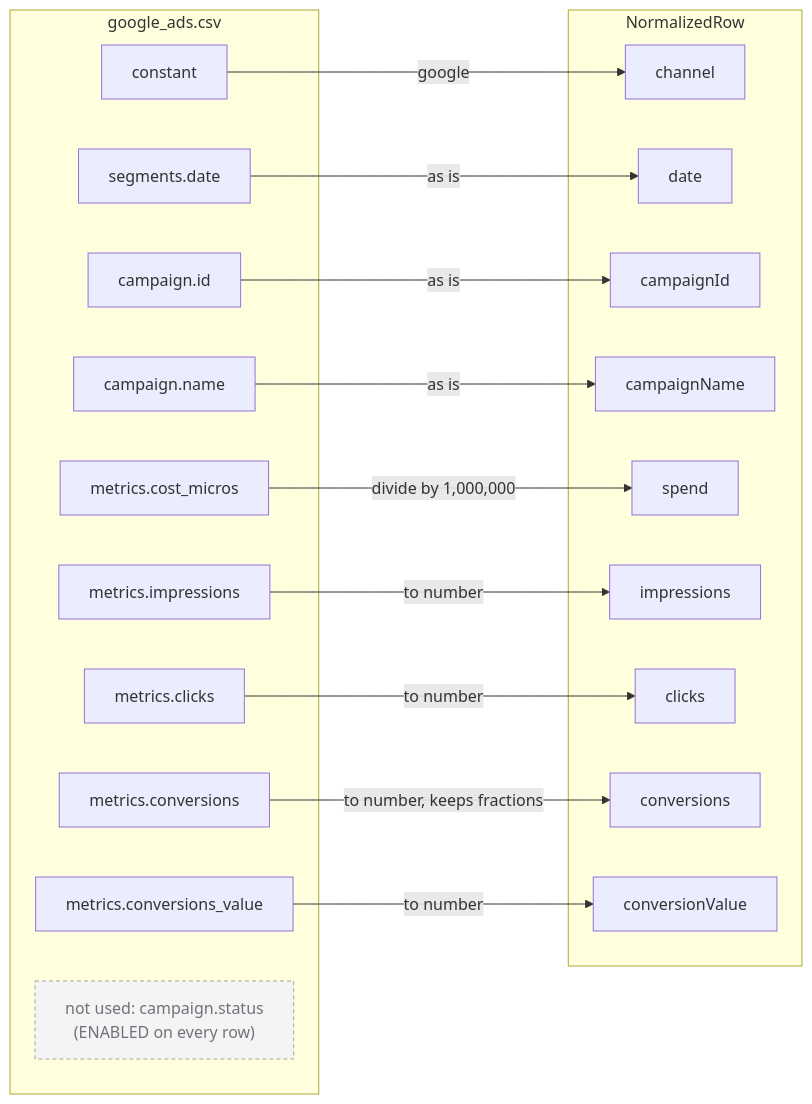
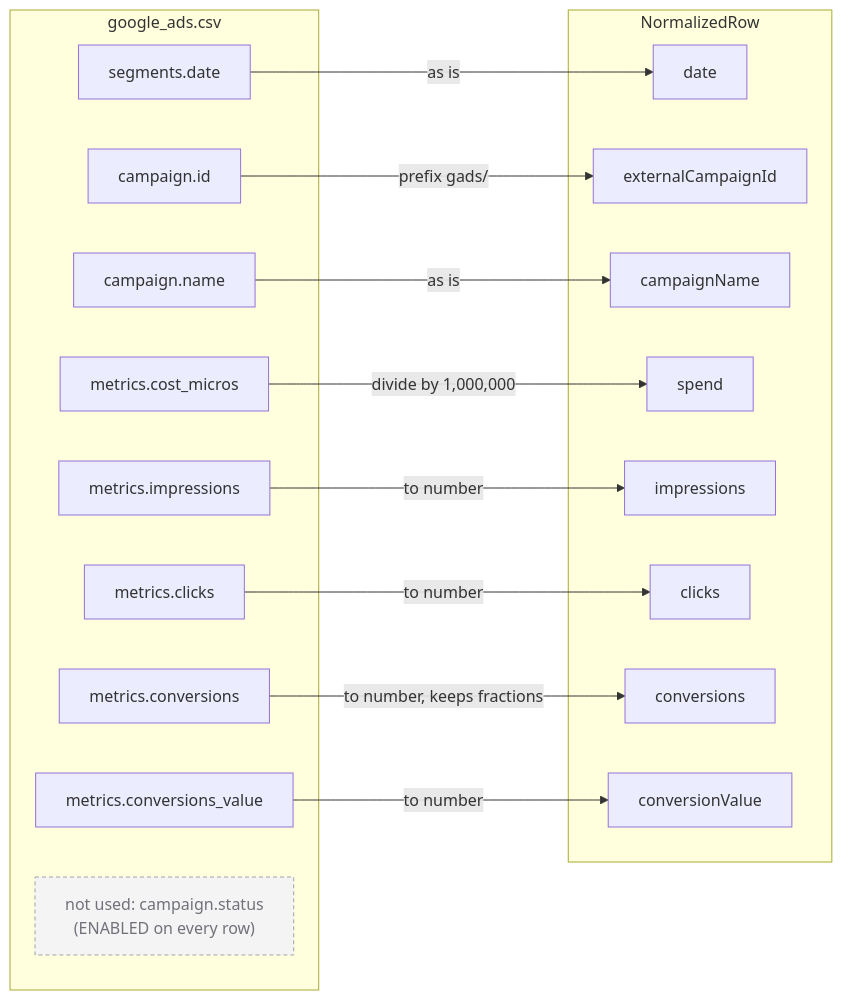
The diagram in docs/diagrams/google-mapping.mmd (btmCustom/ADBOX-Dashboard-Product-Engineer-exercise), drawn with Mermaid before and after one commit. The commit also changed 13 other files, not shown here.

Commit message:
Fold channel into externalCampaignId ({shortChannel}/{id}); regenerate diagrams

```diff
--- a/docs/diagrams/google-mapping.mmd
+++ b/docs/diagrams/google-mapping.mmd
@@ -1,35 +1,32 @@
 flowchart LR
     subgraph SRC["google_ads.csv"]
-        g_const["constant"]
         g_date["segments.date"]
         g_id["campaign.id"]
         g_name["campaign.name"]
         g_spend["metrics.cost_micros"]
         g_impr["metrics.impressions"]
         g_clicks["metrics.clicks"]
         g_conv["metrics.conversions"]
         g_val["metrics.conversions_value"]
         g_drop["not used: campaign.status<br/>(ENABLED on every row)"]
     end
     subgraph OUT["NormalizedRow"]
-        n_channel["channel"]
         n_date["date"]
-        n_id["campaignId"]
+        n_id["externalCampaignId"]
         n_name["campaignName"]
         n_spend["spend"]
         n_impr["impressions"]
         n_clicks["clicks"]
         n_conv["conversions"]
         n_val["conversionValue"]
     end
-    g_const -- "google" --> n_channel
     g_date -- "as is" --> n_date
-    g_id -- "as is" --> n_id
+    g_id -- "prefix gads/" --> n_id
     g_name -- "as is" --> n_name
     g_spend -- "divide by 1,000,000" --> n_spend
     g_impr -- "to number" --> n_impr
     g_clicks -- "to number" --> n_clicks
     g_conv -- "to number, keeps fractions" --> n_conv
     g_val -- "to number" --> n_val
     classDef dropped fill:#f4f4f5,stroke:#a1a1aa,stroke-dasharray:4 3,color:#71717a
     class g_drop dropped
```
